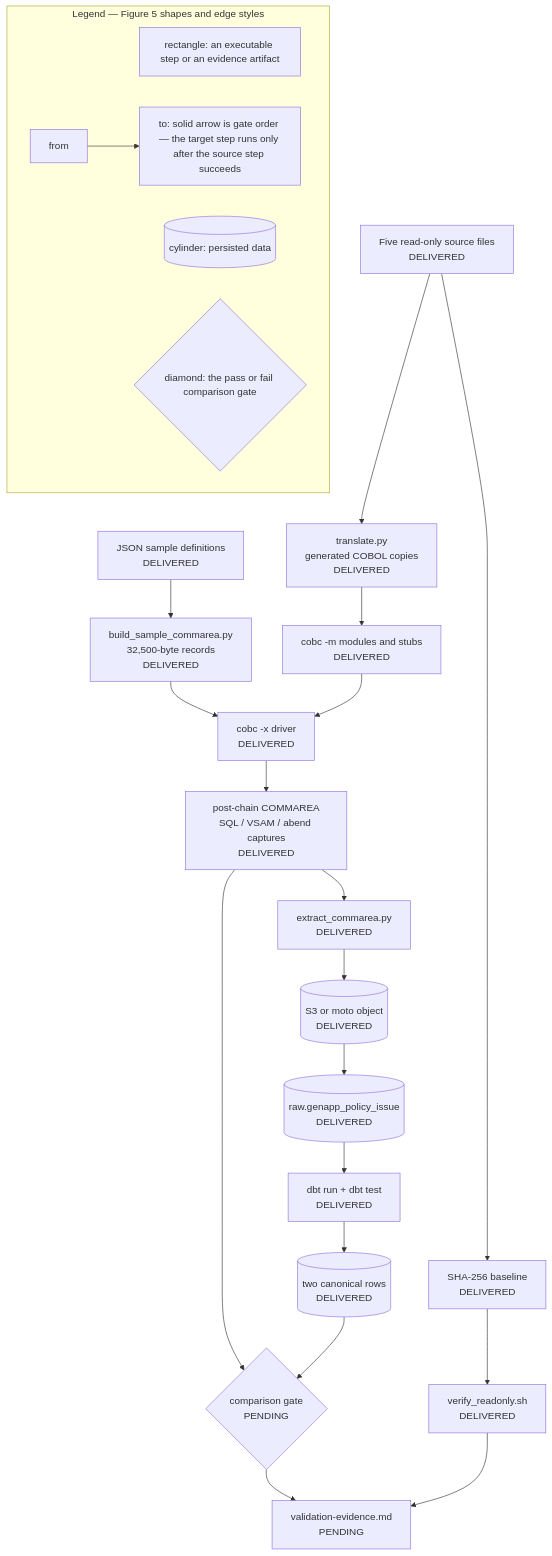
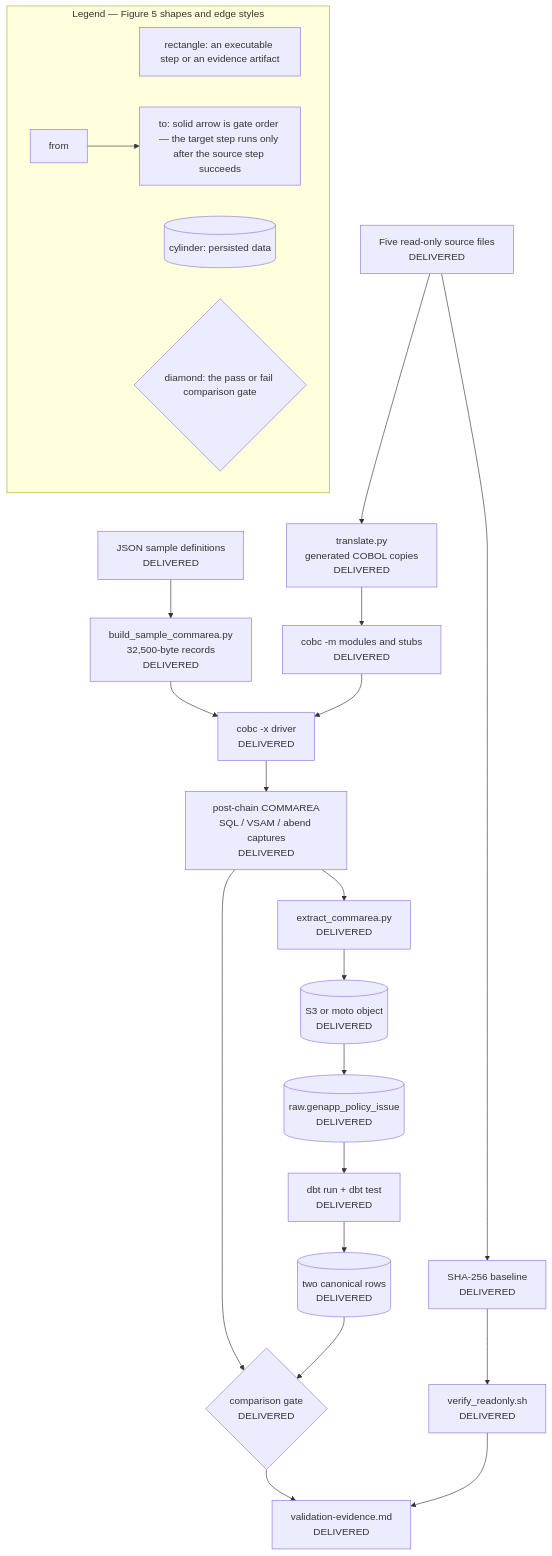
One commit to blitzy-public-samples/cics-genapp-cobrix changed the fifth of 5 diagrams in modernization/docs/architecture.md. Above: the diagram before and after it, drawn with Mermaid. The commit also changed other lines of this file and 40 other files, not shown here.

````diff
--- a/modernization/docs/architecture.md
+++ b/modernization/docs/architecture.md
@@ -432,37 +445,37 @@
 ```mermaid
 flowchart TD
     SRC["Five read-only source files<br/>DELIVERED"]
     BASE["SHA-256 baseline<br/>DELIVERED"]
     SAMPLE["JSON sample definitions<br/>DELIVERED"]
     BUILD["build_sample_commarea.py<br/>32,500-byte records<br/>DELIVERED"]
     TRANS["translate.py<br/>generated COBOL copies<br/>DELIVERED"]
     MODS["cobc -m modules and stubs<br/>DELIVERED"]
     DRIVER["cobc -x driver<br/>DELIVERED"]
     CAP["post-chain COMMAREA<br/>SQL / VSAM / abend captures<br/>DELIVERED"]
     EXT["extract_commarea.py<br/>DELIVERED"]
     S3O[("S3 or moto object<br/>DELIVERED")]
     RAWR[("raw.genapp_policy_issue<br/>DELIVERED")]
     DBTRUN["dbt run + dbt test<br/>DELIVERED"]
     CANON[("two canonical rows<br/>DELIVERED")]
-    DIFFG{"comparison gate<br/>PENDING"}
-    EVID["validation-evidence.md<br/>PENDING"]
+    DIFFG{"comparison gate<br/>DELIVERED"}
+    EVID["validation-evidence.md<br/>DELIVERED"]
     RO["verify_readonly.sh<br/>DELIVERED"]
 
     SRC --> BASE
     SAMPLE --> BUILD --> DRIVER
     SRC --> TRANS --> MODS --> DRIVER
     DRIVER --> CAP
     CAP --> EXT --> S3O --> RAWR --> DBTRUN --> CANON
     CAP --> DIFFG
     CANON --> DIFFG
     DIFFG --> EVID
     BASE --> RO --> EVID
 
     subgraph LEGEND5["Legend — Figure 5 shapes and edge styles"]
         direction LR
         L5A["rectangle: an executable step or an evidence artifact"]
         L5B[("cylinder: persisted data")]
         L5C{"diamond: the pass or fail comparison gate"}
         L5D["from"] --> L5E["to: solid arrow is gate order — the target step runs only after the source step succeeds"]
     end
 ```
````
